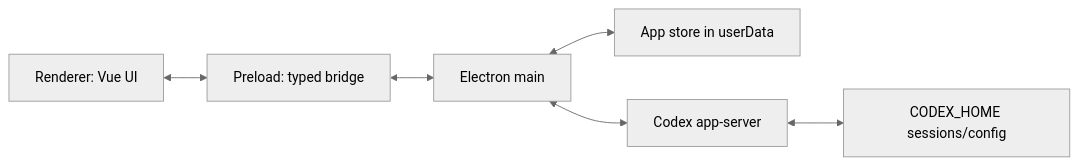
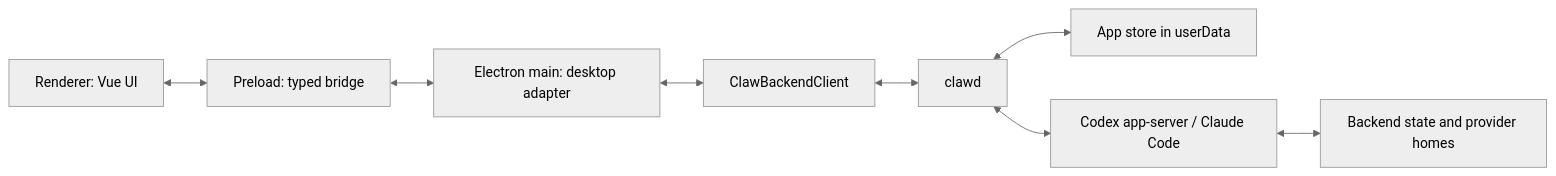
One commit to nbonamy/codex-claw changed the diagram in docs/architecture.md. Above: the diagram before and after it, drawn with Mermaid (neutral theme). The commit also changed other lines of this file and 9 other files, not shown here.

````diff
--- a/docs/architecture.md
+++ b/docs/architecture.md
@@ -160,15 +161,19 @@
 ```mermaid
 flowchart LR
   Renderer["Renderer: Vue UI"]
   Preload["Preload: typed bridge"]
-  Main["Electron main"]
+  Main["Electron main: desktop adapter"]
+  Client["ClawBackendClient"]
+  Backend["clawd"]
   Store["App store in userData"]
-  Server["Codex app-server"]
-  CodexHome["CODEX_HOME sessions/config"]
+  Server["Codex app-server / Claude Code"]
+  CodexHome["Backend state and provider homes"]
 
   Renderer <--> Preload
   Preload <--> Main
-  Main <--> Store
-  Main <--> Server
+  Main <--> Client
+  Client <--> Backend
+  Backend <--> Store
+  Backend <--> Server
   Server <--> CodexHome
 ```
````
